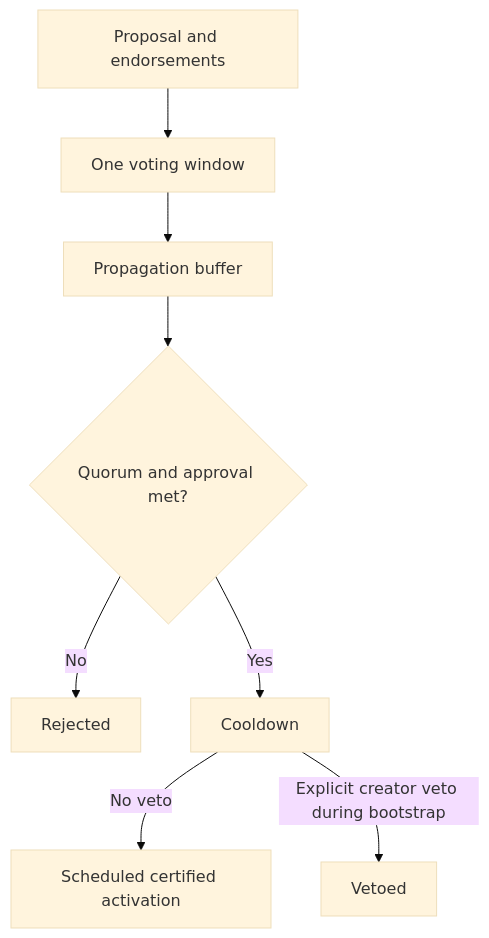
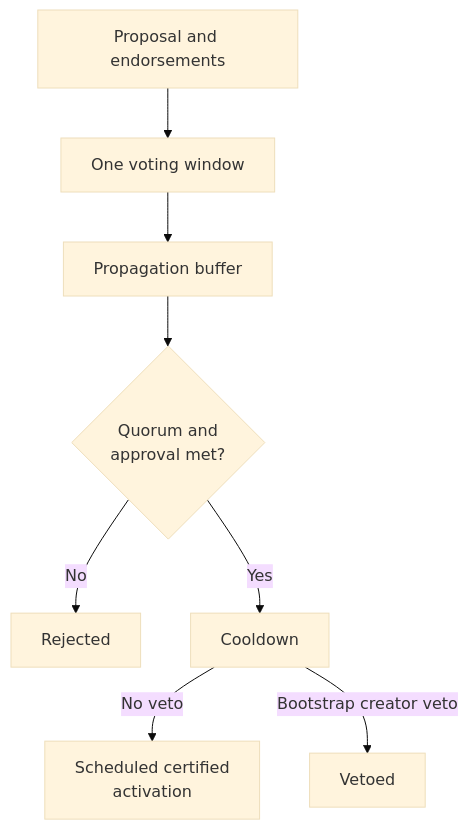
One commit to BURST-UBI/protocol changed the second of 2 diagrams in docs/introduction/WHITEPAPER.md. Above: the diagram before and after it, drawn with Mermaid (base theme). The commit also changed other lines of this file and 19 other files, not shown here.

````diff
--- a/docs/introduction/WHITEPAPER.md
+++ b/docs/introduction/WHITEPAPER.md
@@ -343,10 +345,12 @@
 ```mermaid
 flowchart TD
+    accTitle: From proposal to activation
+    accDescr: Endorsements qualify a proposal for voting. After the voting window and propagation buffer, quorum and approval must both pass. A successful proposal enters cooldown before certified activation. During bootstrap an explicit creator veto can stop it.
     P[Proposal and endorsements] --> V[One voting window]
     V --> B[Propagation buffer]
-    B --> Q{Quorum and approval met?}
+    B --> Q{"Quorum and<br/>approval met?"}
     Q -->|No| R[Rejected]
     Q -->|Yes| C[Cooldown]
-    C -->|No veto| A[Scheduled certified activation]
-    C -->|Explicit creator veto during bootstrap| X[Vetoed]
+    C -->|No veto| A["Scheduled certified<br/>activation"]
+    C -->|Bootstrap creator veto| X[Vetoed]
 ```
````
